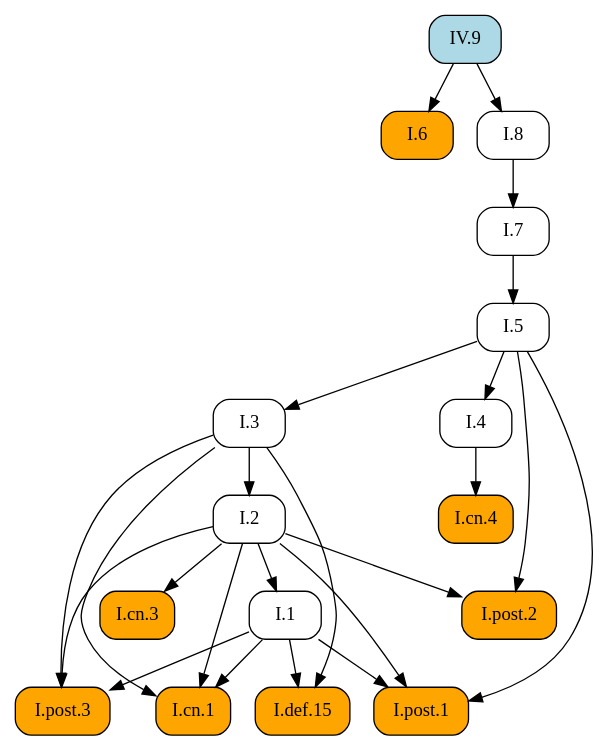
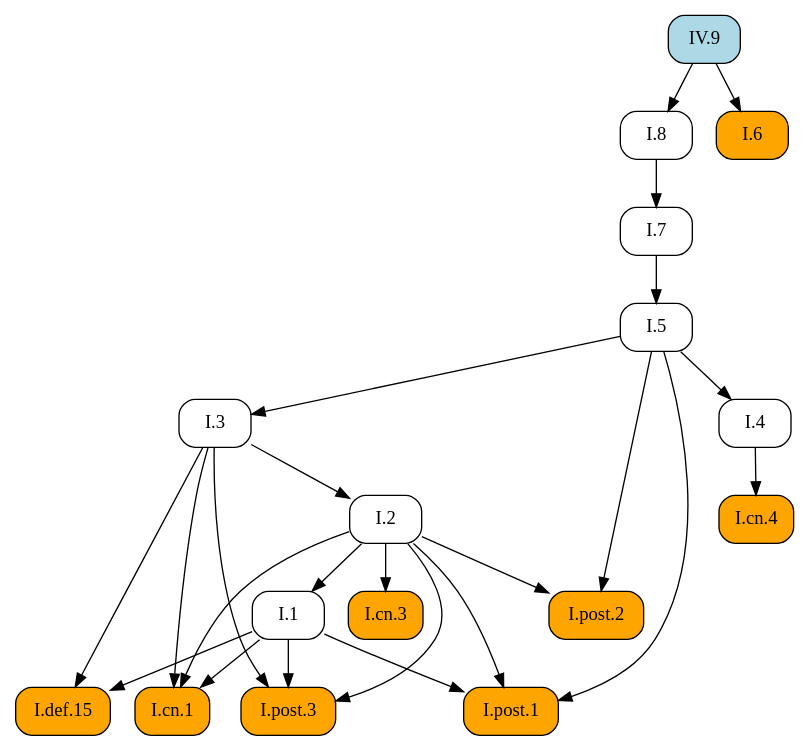
The diagram in docsrc/heath/IV/9/index.rst (geometor/elements), drawn with Graphviz before and after one commit. The commit also changed other lines of this file and 484 other files, not shown here.

```diff
--- a/docsrc/heath/IV/9/index.rst
+++ b/docsrc/heath/IV/9/index.rst
@@ -51,45 +51,45 @@
 .. graphviz::
 
    digraph {
      rankdir="TB";
      node [shape=box, style=rounded];
+     "I.cn.1" [style="rounded,filled", fillcolor=orange, URL="/heath/I/cn.1/", target="_top"];
+     "I.7" [URL="/heath/I/7/", target="_top"];
+     "I.2" [URL="/heath/I/2/", target="_top"];
      "I.def.15" [style="rounded,filled", fillcolor=orange, URL="/heath/I/def.15/", target="_top"];
-     "I.post.3" [style="rounded,filled", fillcolor=orange, URL="/heath/I/post.3/", target="_top"];
-     "I.1" [URL="/heath/I/1/", target="_top"];
-     "IV.9" [style="rounded,filled", fillcolor=lightblue, URL="/heath/IV/9/", target="_top"];
-     "I.7" [URL="/heath/I/7/", target="_top"];
      "I.6" [style="rounded,filled", fillcolor=orange, URL="/heath/I/6/", target="_top"];
-     "I.3" [URL="/heath/I/3/", target="_top"];
-     "I.cn.1" [style="rounded,filled", fillcolor=orange, URL="/heath/I/cn.1/", target="_top"];
-     "I.8" [URL="/heath/I/8/", target="_top"];
-     "I.cn.3" [style="rounded,filled", fillcolor=orange, URL="/heath/I/cn.3/", target="_top"];
-     "I.2" [URL="/heath/I/2/", target="_top"];
      "I.4" [URL="/heath/I/4/", target="_top"];
      "I.cn.4" [style="rounded,filled", fillcolor=orange, URL="/heath/I/cn.4/", target="_top"];
+     "I.1" [URL="/heath/I/1/", target="_top"];
+     "I.5" [URL="/heath/I/5/", target="_top"];
      "I.post.1" [style="rounded,filled", fillcolor=orange, URL="/heath/I/post.1/", target="_top"];
+     "I.8" [URL="/heath/I/8/", target="_top"];
      "I.post.2" [style="rounded,filled", fillcolor=orange, URL="/heath/I/post.2/", target="_top"];
-     "I.5" [URL="/heath/I/5/", target="_top"];
+     "I.post.3" [style="rounded,filled", fillcolor=orange, URL="/heath/I/post.3/", target="_top"];
+     "IV.9" [style="rounded,filled", fillcolor=lightblue, URL="/heath/IV/9/", target="_top"];
+     "I.cn.3" [style="rounded,filled", fillcolor=orange, URL="/heath/I/cn.3/", target="_top"];
+     "I.3" [URL="/heath/I/3/", target="_top"];
+     "I.1" -> "I.cn.1";
+     "I.2" -> "I.cn.1";
+     "I.3" -> "I.cn.1";
+     "I.8" -> "I.7";
+     "I.3" -> "I.2";
      "I.1" -> "I.def.15";
      "I.3" -> "I.def.15";
+     "IV.9" -> "I.6";
+     "I.5" -> "I.4";
+     "I.4" -> "I.cn.4";
+     "I.2" -> "I.1";
+     "I.7" -> "I.5";
+     "I.1" -> "I.post.1";
+     "I.2" -> "I.post.1";
+     "I.5" -> "I.post.1";
+     "IV.9" -> "I.8";
+     "I.2" -> "I.post.2";
+     "I.5" -> "I.post.2";
      "I.1" -> "I.post.3";
      "I.2" -> "I.post.3";
      "I.3" -> "I.post.3";
-     "I.2" -> "I.1";
-     "I.8" -> "I.7";
-     "IV.9" -> "I.6";
+     "I.2" -> "I.cn.3";
      "I.5" -> "I.3";
-     "I.1" -> "I.cn.1";
-     "I.2" -> "I.cn.1";
-     "I.3" -> "I.cn.1";
-     "IV.9" -> "I.8";
-     "I.2" -> "I.cn.3";
-     "I.3" -> "I.2";
-     "I.5" -> "I.4";
-     "I.4" -> "I.cn.4";
-     "I.1" -> "I.post.1";
-     "I.2" -> "I.post.1";
-     "I.5" -> "I.post.1";
-     "I.2" -> "I.post.2";
-     "I.5" -> "I.post.2";
-     "I.7" -> "I.5";
    }
```
